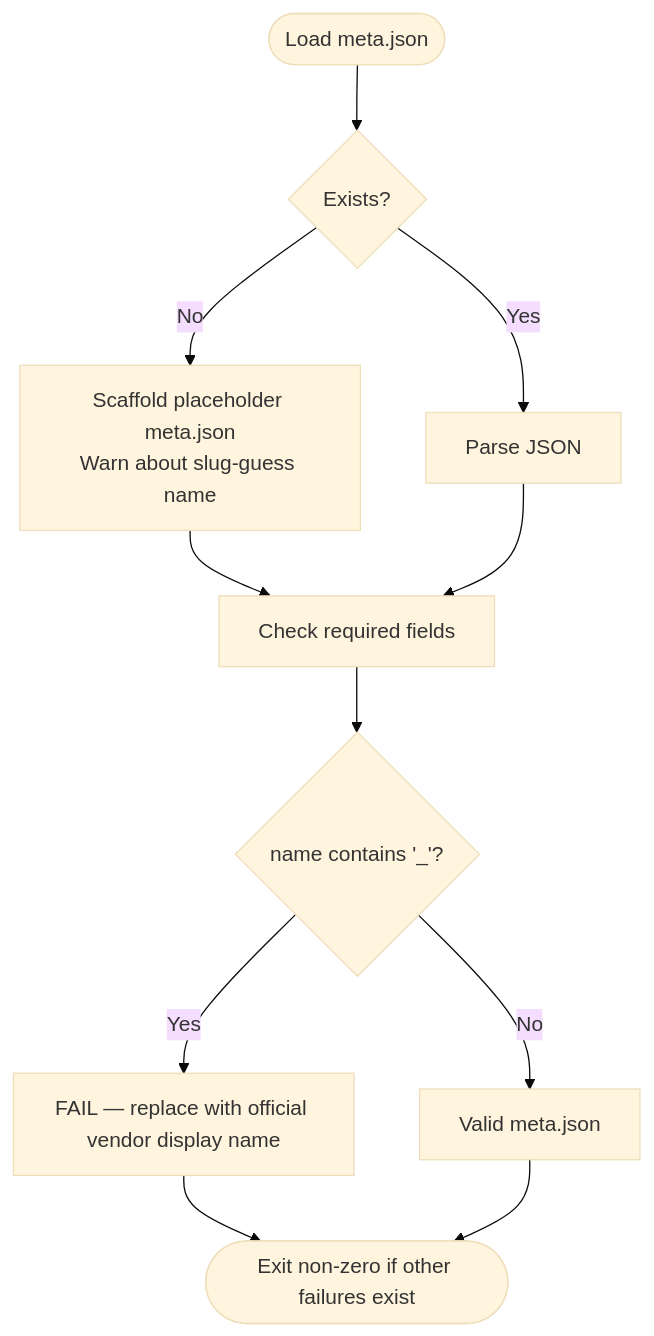
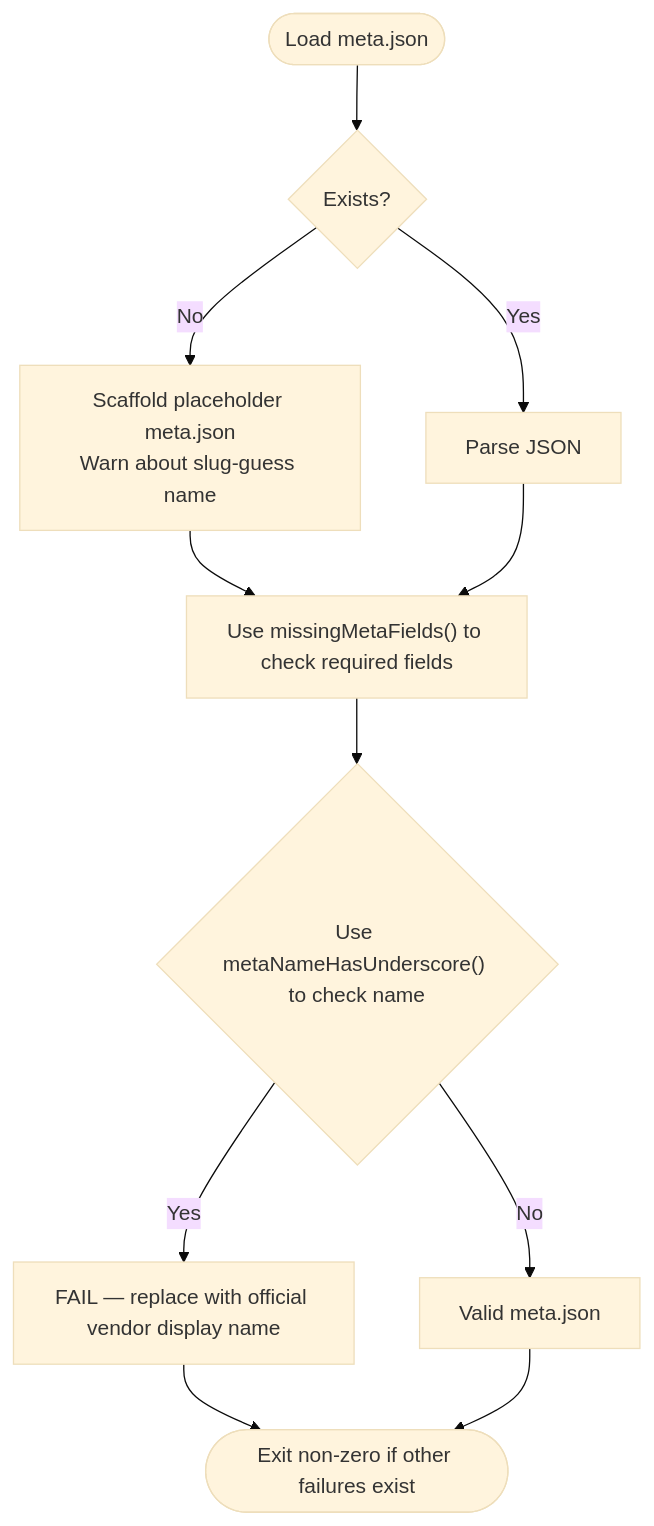
One commit to delirium-dj/modelcomp changed the fourth of 9 diagrams in .qoder/repowiki/en/content/Data Management System/Data Synchronization Pipeline/Validation Framework.md. Above: the diagram before and after it, drawn with Mermaid (base theme). The commit also changed other lines of this file and 22 other files, not shown here.

````diff
--- a/.qoder/repowiki/en/content/Data Management System/Data Synchronization Pipeline/Validation Framework.md
+++ b/.qoder/repowiki/en/content/Data Management System/Data Synchronization Pipeline/Validation Framework.md
@@ -178,13 +193,13 @@
 ```mermaid
 flowchart TD
 Start(["Load meta.json"]) --> Exists{"Exists?"}
 Exists --> |No| Scaffold["Scaffold placeholder meta.json<br/>Warn about slug-guess name"]
 Exists --> |Yes| Parse["Parse JSON"]
-Scaffold --> ValidateFields["Check required fields"]
+Scaffold --> ValidateFields["Use missingMetaFields() to check required fields"]
 Parse --> ValidateFields
-ValidateFields --> NameGate{"name contains '_'?"}
+ValidateFields --> NameGate{"Use metaNameHasUnderscore() to check name"}
 NameGate --> |Yes| FailName["FAIL — replace with official vendor display name"]
 NameGate --> |No| Success["Valid meta.json"]
 FailName --> End(["Exit non-zero if other failures exist"])
 Success --> End
 ```
````
